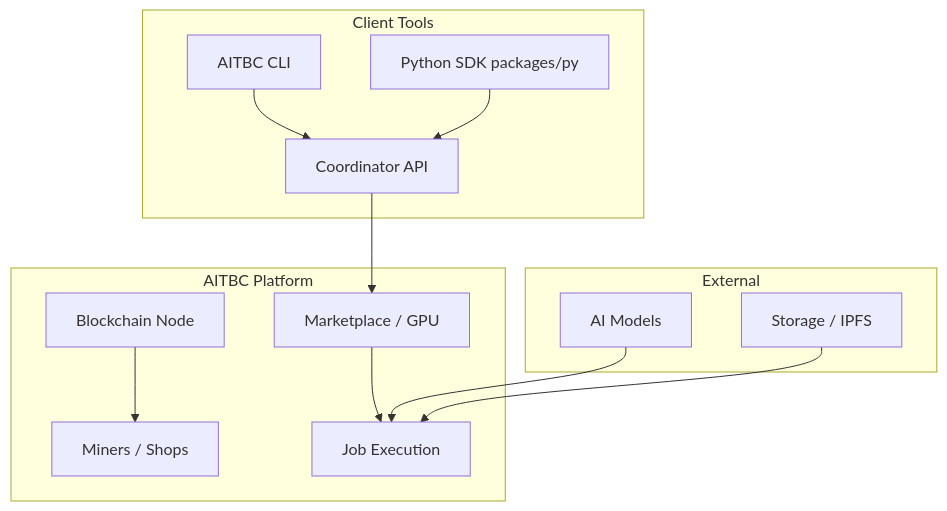
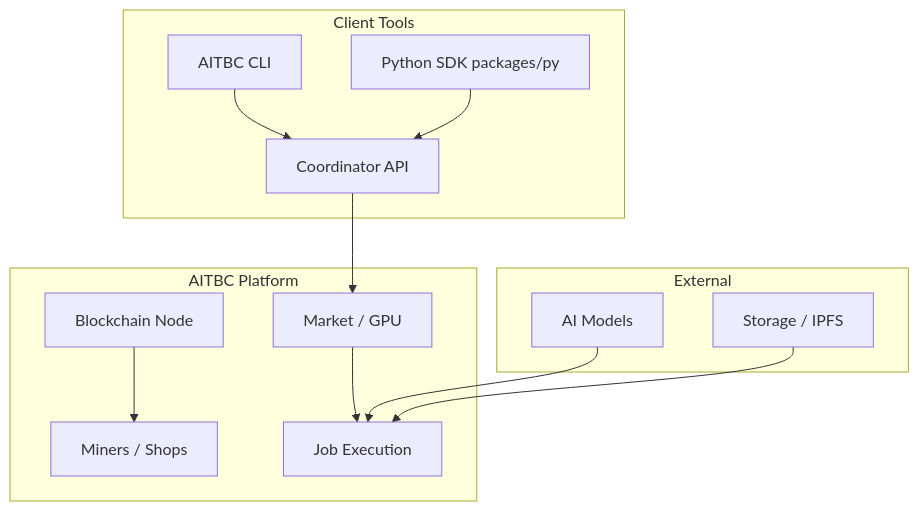
The diagram in docs/development/1_overview.md (oib/AITBC), drawn with Mermaid before and after one commit. The commit also changed other lines of this file and 857 other files, not shown here.

First line of the commit message:
refactor(market): rename marketplace surface to market with compat aliases

````diff
--- a/docs/development/1_overview.md
+++ b/docs/development/1_overview.md
@@ -41,18 +41,18 @@
 ```mermaid
 graph TB
     subgraph "Client Tools"
         A[AITBC CLI] --> E[Coordinator API]
         B[Python SDK packages/py] --> E
     end
 
     subgraph "AITBC Platform"
-        E --> G[Marketplace / GPU]
+        E --> G[Market / GPU]
         F[Blockchain Node] --> H[Miners / Shops]
         G --> I[Job Execution]
     end
 
     subgraph "External"
         J[AI Models] --> I
         K[Storage / IPFS] --> I
     end
 ```
````
